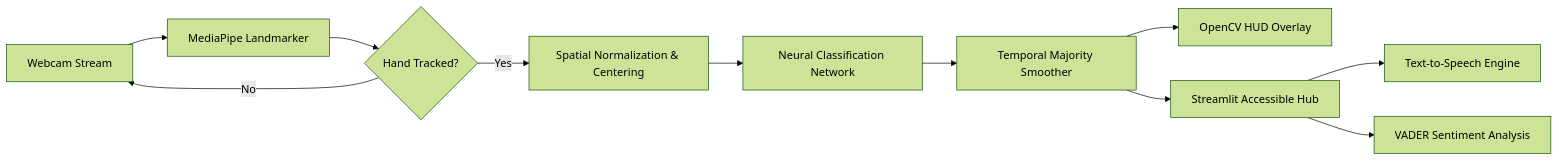
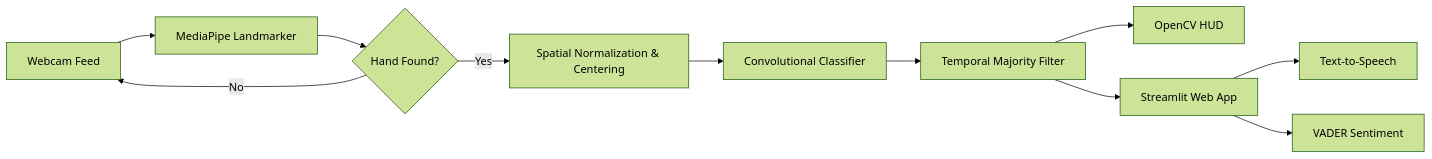
Before and after one commit to GaryPhuah/Hand-Gesture-Recognition-with-Sentiment-Analysis: the diagram in README.md, drawn with Mermaid (forest theme). The commit also changed other lines of this file, not shown here.

````diff
--- a/README.md
+++ b/README.md
@@ -43,13 +40,13 @@
 ```mermaid
 flowchart LR
-    A[Webcam Stream] --> B[MediaPipe Landmarker]
-    B --> C{Hand Tracked?}
+    A[Webcam Feed] --> B[MediaPipe Landmarker]
+    B --> C{Hand Found?}
     C -- Yes --> D[Spatial Normalization & Centering]
     C -- No --> A
-    D --> E[Neural Classification Network]
-    E --> F[Temporal Majority Smoother]
-    F --> G[OpenCV HUD Overlay]
-    F --> H[Streamlit Accessible Hub]
-    H --> I[Text-to-Speech Engine]
-    H --> J[VADER Sentiment Analysis]
+    D --> E[Convolutional Classifier]
+    E --> F[Temporal Majority Filter]
+    F --> G[OpenCV HUD]
+    F --> H[Streamlit Web App]
+    H --> I[Text-to-Speech]
+    H --> J[VADER Sentiment]
 ```
````
